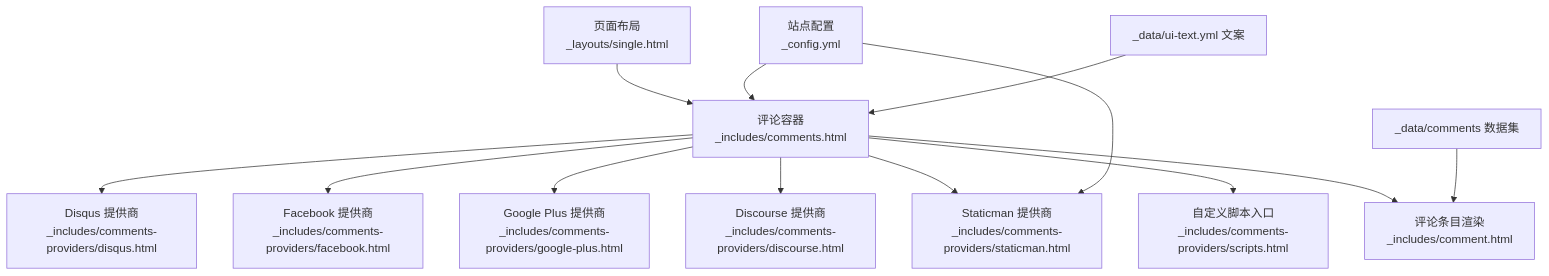
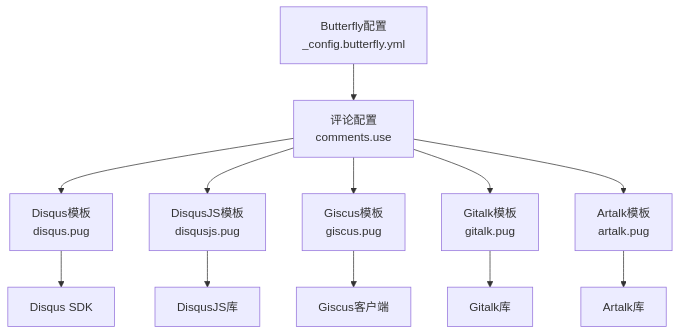
Before and after one commit to CoolPig0720/CoolPig0720.github.io: the first of 3 diagrams in .qoder/repowiki/zh/content/社交和集成功能/评论系统集成.md, drawn with Mermaid. The commit also changed other lines of this file and 36 other files, not shown here.

````diff
--- a/.qoder/repowiki/zh/content/社交和集成功能/评论系统集成.md
+++ b/.qoder/repowiki/zh/content/社交和集成功能/评论系统集成.md
@@ -41,15 +38,14 @@
 ```mermaid
 graph TB
-L["页面布局<br/>_layouts/single.html"] --> C["评论容器<br/>_includes/comments.html"]
-C --> DQ["Disqus 提供商<br/>_includes/comments-providers/disqus.html"]
-C --> FB["Facebook 提供商<br/>_includes/comments-providers/facebook.html"]
-C --> GP["Google Plus 提供商<br/>_includes/comments-providers/google-plus.html"]
-C --> DS["Discourse 提供商<br/>_includes/comments-providers/discourse.html"]
-C --> SM["Staticman 提供商<br/>_includes/comments-providers/staticman.html"]
-C --> CU["自定义脚本入口<br/>_includes/comments-providers/scripts.html"]
-C --> CT["评论条目渲染<br/>_includes/comment.html"]
-CFG["站点配置<br/>_config.yml"] --> C
-CFG --> SM
-DATA["_data/comments 数据集"] --> CT
-UI["_data/ui-text.yml 文案"] --> C
+CFG["Butterfly配置<br/>_config.butterfly.yml"] --> CM["评论配置<br/>comments.use"]
+CM --> DP["Disqus模板<br/>disqus.pug"]
+CM --> DJ["DisqusJS模板<br/>disqusjs.pug"]
+CM --> GC["Giscus模板<br/>giscus.pug"]
+CM --> GT["Gitalk模板<br/>gitalk.pug"]
+CM --> AT["Artalk模板<br/>artalk.pug"]
+DP --> DS["Disqus SDK"]
+DJ --> DJC["DisqusJS库"]
+GC --> GSC["Giscus客户端"]
+GT --> GTC["Gitalk库"]
+AT --> ATC["Artalk库"]
 ```
````
